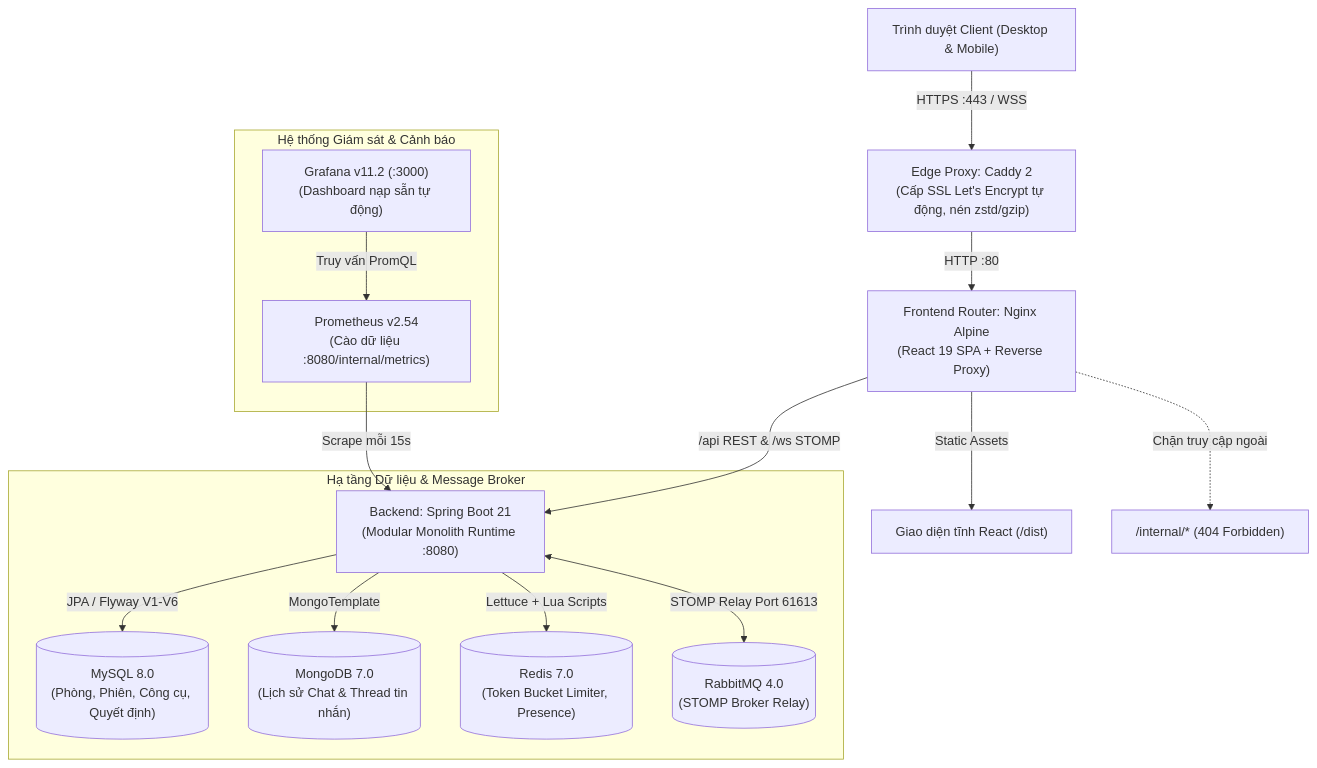
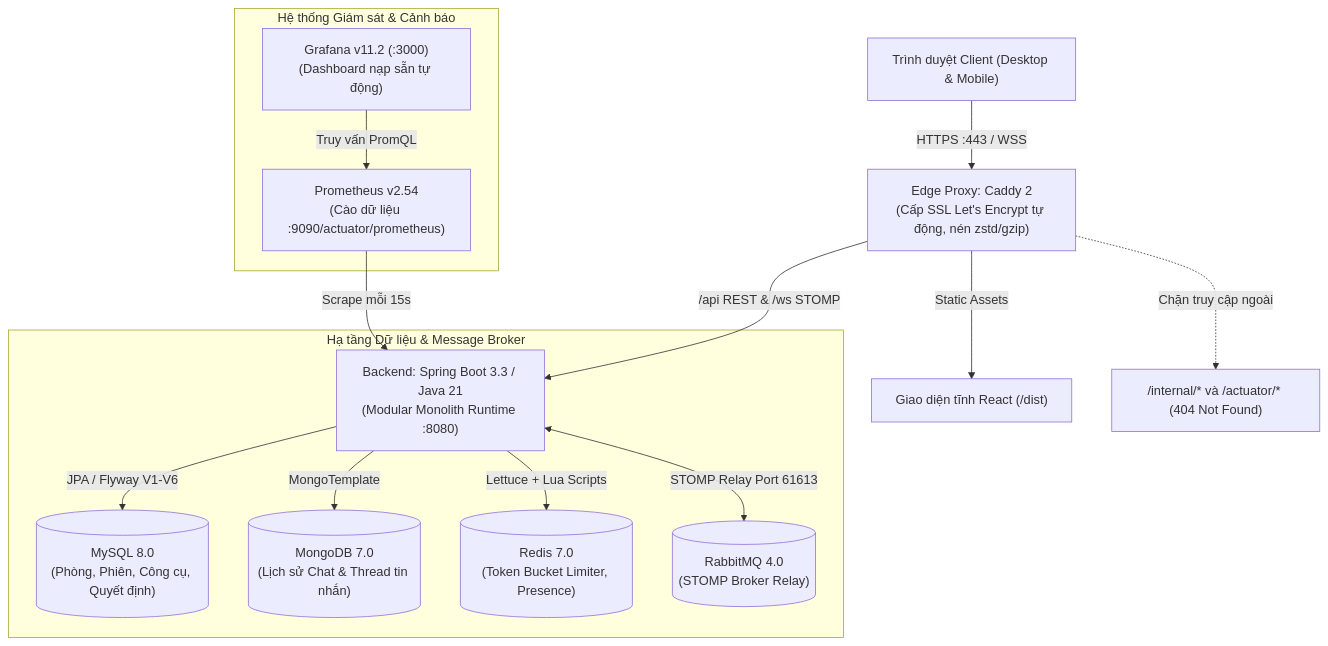
Before and after one commit to Khanhnv26/Event-ChatX: the first of 2 diagrams in README.md, drawn with Mermaid. The commit also changed other lines of this file and 66 other files, not shown here.

First line of the commit message:
Embed Caddy and migrate to Micrometer metrics

````diff
--- a/README.md
+++ b/README.md
@@ -40,21 +40,19 @@
 ```mermaid
 flowchart TD
     Client["Trình duyệt Client (Desktop & Mobile)"] -->|HTTPS :443 / WSS| Caddy["Edge Proxy: Caddy 2\n(Cấp SSL Let's Encrypt tự động, nén zstd/gzip)"]
-    Caddy -->|HTTP :80| Nginx["Frontend Router: Nginx Alpine\n(React 19 SPA + Reverse Proxy)"]
-
-    Nginx -->|Static Assets| SPA["Giao diện tĩnh React (/dist)"]
-    Nginx -->|/api REST & /ws STOMP| Backend["Backend: Spring Boot 21\n(Modular Monolith Runtime :8080)"]
-    Nginx -.->|Chặn truy cập ngoài| Block["/internal/* (404 Forbidden)"]
+    Caddy -->|Static Assets| SPA["Giao diện tĩnh React (/dist)"]
+    Caddy -->|/api REST & /ws STOMP| Backend["Backend: Spring Boot 3.3 / Java 21\n(Modular Monolith Runtime :8080)"]
+    Caddy -.->|Chặn truy cập ngoài| Block["/internal/* và /actuator/* (404 Not Found)"]
 
     subgraph DataLayer ["Hạ tầng Dữ liệu & Message Broker"]
         Backend -->|JPA / Flyway V1-V6| MySQL[("MySQL 8.0\n(Phòng, Phiên, Công cụ, Quyết định)")]
         Backend -->|MongoTemplate| Mongo[("MongoDB 7.0\n(Lịch sử Chat & Thread tin nhắn)")]
         Backend -->|Lettuce + Lua Scripts| Redis[("Redis 7.0\n(Token Bucket Limiter, Presence)")]
         Backend <-->|STOMP Relay Port 61613| RabbitMQ[("RabbitMQ 4.0\n(STOMP Broker Relay)")]
     end
 
     subgraph Observability ["Hệ thống Giám sát & Cảnh báo"]
-        Prometheus["Prometheus v2.54\n(Cào dữ liệu :8080/internal/metrics)"] -->|Scrape mỗi 15s| Backend
+        Prometheus["Prometheus v2.54\n(Cào dữ liệu :9090/actuator/prometheus)"] -->|Scrape mỗi 15s| Backend
         Grafana["Grafana v11.2 (:3000)\n(Dashboard nạp sẵn tự động)"] -->|Truy vấn PromQL| Prometheus
     end
 ```
````
